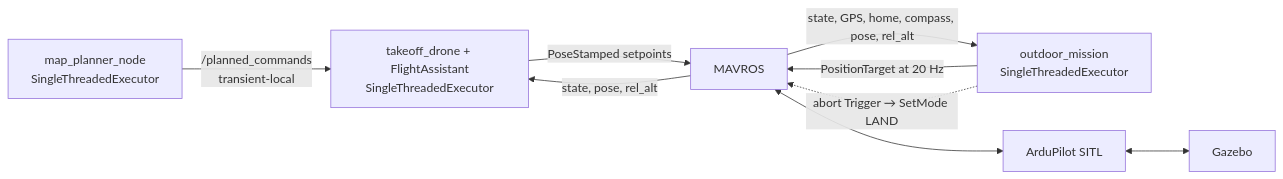
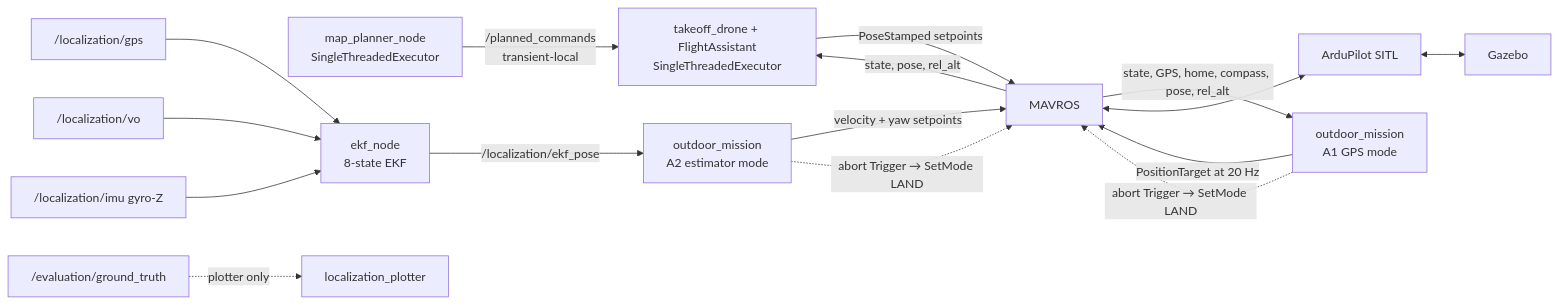
Before and after one commit to Filopodub/LRS: the second of 2 diagrams in README.md, drawn with Mermaid. The commit also changed other lines of this file, not shown here.

````diff
--- a/README.md
+++ b/README.md
@@ -576,11 +613,18 @@
 ```mermaid
 flowchart LR
   Planner["map_planner_node\nSingleThreadedExecutor"] -->|"/planned_commands\ntransient-local"| Indoor["takeoff_drone + FlightAssistant\nSingleThreadedExecutor"]
   Indoor -->|"PoseStamped setpoints"| Mavros["MAVROS"]
   Mavros -->|"state, pose, rel_alt"| Indoor
-  Outdoor["outdoor_mission\nSingleThreadedExecutor"] -->|"PositionTarget at 20 Hz"| Mavros
-  Mavros -->|"state, GPS, home, compass, pose, rel_alt"| Outdoor
-  Outdoor -.->|"abort Trigger → SetMode LAND"| Mavros
+  OutdoorA1["outdoor_mission\nA1 GPS mode"] -->|"PositionTarget at 20 Hz"| Mavros
+  Mavros -->|"state, GPS, home, compass, pose, rel_alt"| OutdoorA1
+  GPS["/localization/gps"] --> EKF["ekf_node\n8-state EKF"]
+  VO["/localization/vo"] --> EKF
+  IMU["/localization/imu gyro-Z"] --> EKF
+  EKF -->|"/localization/ekf_pose"| OutdoorA2["outdoor_mission\nA2 estimator mode"]
+  OutdoorA2 -->|"velocity + yaw setpoints"| Mavros
+  Truth["/evaluation/ground_truth"] -. "plotter only" .-> Plotter["localization_plotter"]
+  OutdoorA1 -.->|"abort Trigger → SetMode LAND"| Mavros
+  OutdoorA2 -.->|"abort Trigger → SetMode LAND"| Mavros
   Mavros <--> SITL["ArduPilot SITL"]
   SITL <--> Gazebo["Gazebo"]
 ```
````
